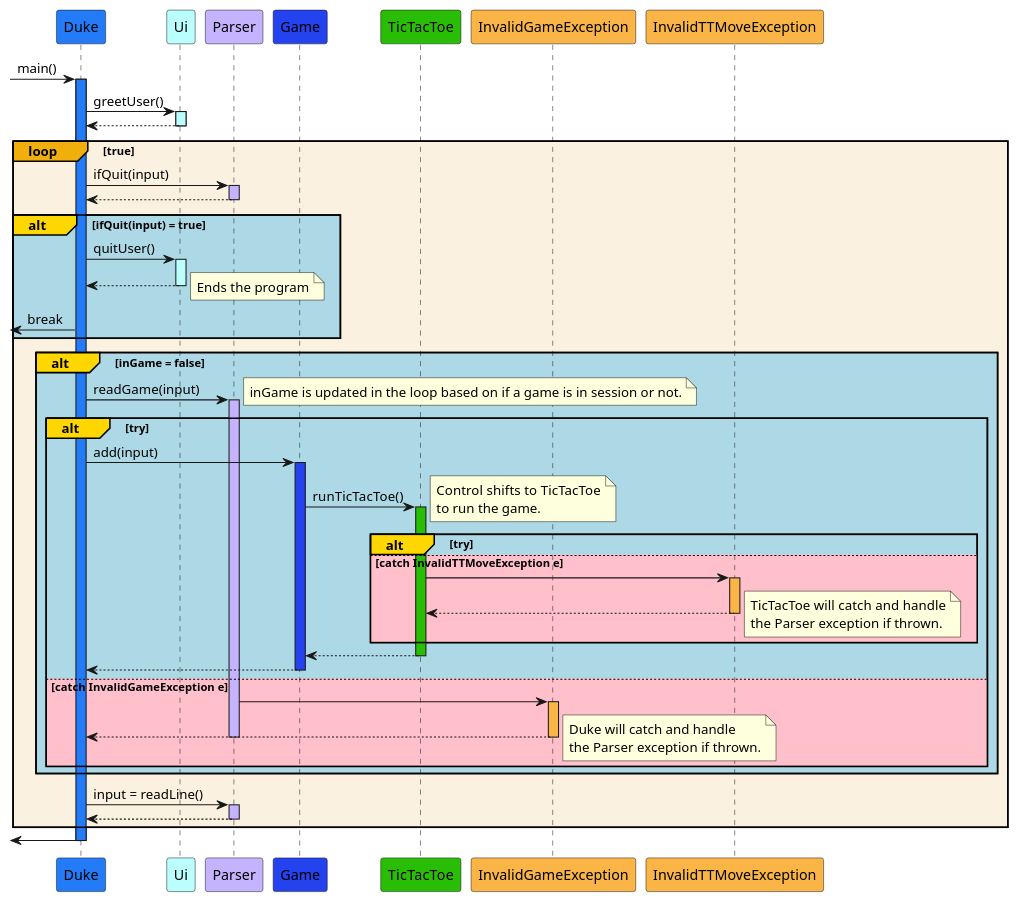
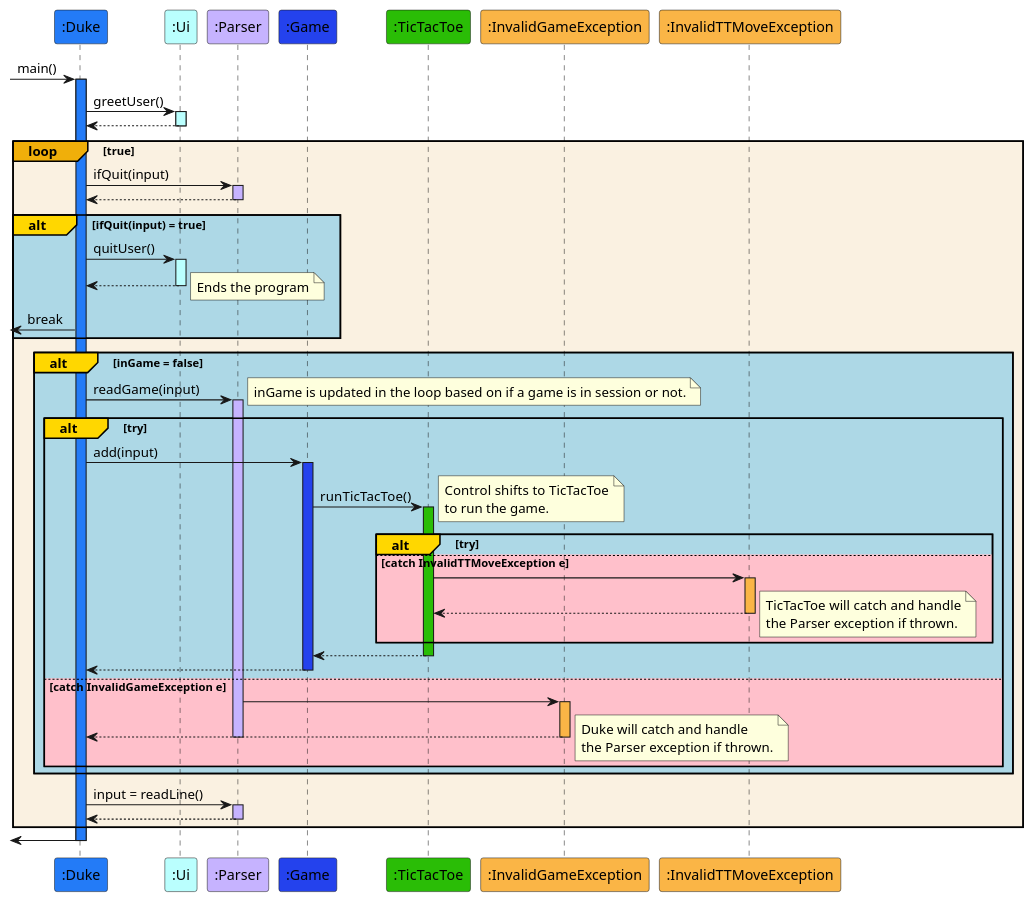
The diagram in docs/diagrams/ParserSequenceDiagram.puml (nigelheng/tp), drawn with PlantUML before and after one commit. The commit also changed 2 other files, not shown here.

Commit message:
fixes class diagrams for parser

```diff
--- a/docs/diagrams/ParserSequenceDiagram.puml
+++ b/docs/diagrams/ParserSequenceDiagram.puml
@@ -1,103 +1,103 @@
 @startuml
-participant Duke #237bf7
-participant Ui #BAFFFE
-participant Parser #c6b3ff
-participant Game #2442ed
-participant TicTacToe #2abd06
-participant InvalidGameException #fab546
-participant InvalidTTMoveException #fab546
+participant ":Duke" #237bf7
+participant ":Ui" #BAFFFE
+participant ":Parser" #c6b3ff
+participant ":Game" #2442ed
+participant ":TicTacToe" #2abd06
+participant ":InvalidGameException" #fab546
+participant ":InvalidTTMoveException" #fab546
 
 
-[-> Duke: main()
-activate Duke #237bf7
+[-> ":Duke": main()
+activate ":Duke" #237bf7
 
-Duke -> Ui: greetUser()
-activate Ui #BAFFFE
-Ui --> Duke:
-deactivate Ui
+":Duke" -> ":Ui": greetUser()
+activate ":Ui" #BAFFFE
+":Ui" --> ":Duke":
+deactivate ":Ui"
 
 loop#f0af0a #faf1e1 true
-    Duke -> Parser: ifQuit(input)
-            activate Parser #c6b3ff
-            Parser --> Duke
-            deactivate Parser
+    ":Duke" -> ":Parser": ifQuit(input)
+            activate ":Parser" #c6b3ff
+            ":Parser" --> ":Duke"
+            deactivate ":Parser"
 
     alt#Gold #LightBlue ifQuit(input) = true
-        Duke -> Ui: quitUser()
-        activate Ui #BAFFFE
-        Ui --> Duke:
-        deactivate Ui
+        ":Duke" -> ":Ui": quitUser()
+        activate ":Ui" #BAFFFE
+        ":Ui" --> ":Duke":
+        deactivate ":Ui"
         note right
         Ends the program
         end note
-        [<- Duke: break
+        [<- ":Duke": break
     end
 
 
     alt#Gold #LightBlue inGame = false
-           Duke -> Parser: readGame(input)
+           ":Duke" -> ":Parser": readGame(input)
            note right
            inGame is updated in the loop based on if a game is in session or not.
            end note
-           activate Parser #c6b3ff
+           activate ":Parser" #c6b3ff
 
             alt#Gold #LightBlue try
-                Duke -> Game: add(input)
-                activate Game #2442ed
+                ":Duke" -> ":Game": add(input)
+                activate ":Game" #2442ed
 
-                Game -> TicTacToe: runTicTacToe()
-                activate TicTacToe #2abd06
+                ":Game" -> ":TicTacToe": runTicTacToe()
+                activate ":TicTacToe" #2abd06
 
                  alt#Gold #LightBlue try
                  note right
                  Control shifts to TicTacToe
                  to run the game.
                  end note
 
                 else #Pink catch InvalidTTMoveException e
-                     TicTacToe -> InvalidTTMoveException
-                     activate InvalidTTMoveException #fab546
-                     InvalidTTMoveException --> TicTacToe
-                     deactivate InvalidTTMoveException
+                     ":TicTacToe" -> ":InvalidTTMoveException"
+                     activate ":InvalidTTMoveException" #fab546
+                     ":InvalidTTMoveException" --> ":TicTacToe"
+                     deactivate ":InvalidTTMoveException"
 
                      note right
                      TicTacToe will catch and handle
                      the Parser exception if thrown.
                      end note
                 end
 
 
-                TicTacToe --> Game
+                ":TicTacToe" --> ":Game"
 
-                deactivate TicTacToe
+                deactivate ":TicTacToe"
 
-                Game --> Duke
-                deactivate Game
+                ":Game" --> ":Duke"
+                deactivate ":Game"
 
            else #Pink catch InvalidGameException e
-                Parser -> InvalidGameException
-                activate InvalidGameException #fab546
-                InvalidGameException --> Duke
+                ":Parser" -> ":InvalidGameException"
+                activate ":InvalidGameException" #fab546
+                ":InvalidGameException" --> ":Duke"
                                      note right
                                      Duke will catch and handle
                                      the Parser exception if thrown.
                                      end note
-                deactivate InvalidGameException
+                deactivate ":InvalidGameException"
 
-           deactivate Parser
+           deactivate ":Parser"
 
            end
 
       end
 
-      Duke -> Parser: input = readLine()
-      activate Parser #c6b3ff
-      Parser --> Duke
-      deactivate Parser
+      ":Duke" -> ":Parser": input = readLine()
+      activate ":Parser" #c6b3ff
+      ":Parser" --> ":Duke"
+      deactivate ":Parser"
 
    end
 
 
-[<- Duke:
-deactivate Duke
+[<- ":Duke":
+deactivate ":Duke"
 @enduml
```
